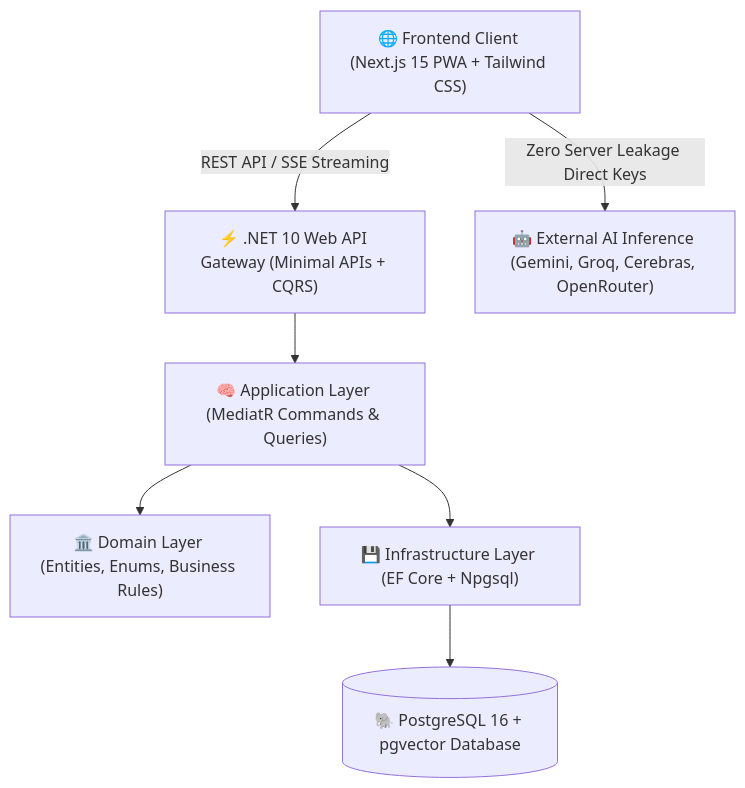
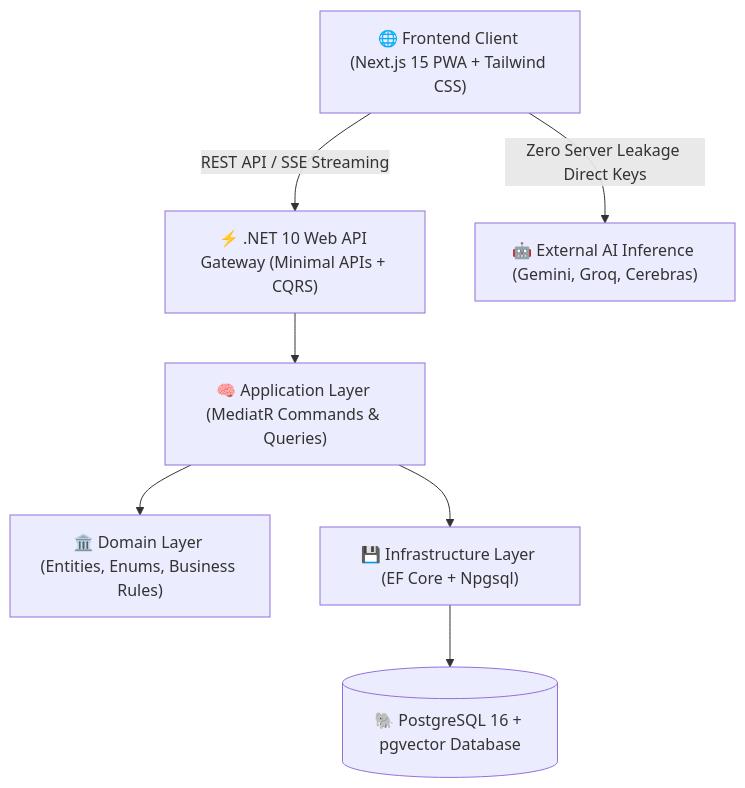
Before and after one commit to Dokhacgiakhoa/K4-3A-e403-Vinonymus: the diagram in docs/legacy/aiia-docs/ARCHITECTURAL-FOLDER-STRUCTURE.md, drawn with Mermaid. The commit also changed other lines of this file and 46 other files, not shown here.

````diff
--- a/docs/legacy/aiia-docs/ARCHITECTURAL-FOLDER-STRUCTURE.md
+++ b/docs/legacy/aiia-docs/ARCHITECTURAL-FOLDER-STRUCTURE.md
@@ -14,17 +14,17 @@
 ```mermaid
 graph TD
     Client["🌐 Frontend Client (Next.js 15 PWA + Tailwind CSS)"]
     ApiGateway["⚡ .NET 10 Web API Gateway (Minimal APIs + CQRS)"]
     AppLayer["🧠 Application Layer (MediatR Commands & Queries)"]
     DomainLayer["🏛️ Domain Layer (Entities, Enums, Business Rules)"]
     InfraLayer["💾 Infrastructure Layer (EF Core + Npgsql)"]
     PostgresDB[("🐘 PostgreSQL 16 + pgvector Database")]
-    AIServices["🤖 External AI Inference (Gemini, Groq, Cerebras, OpenRouter)"]
+    AIServices["🤖 External AI Inference (Gemini, Groq, Cerebras)"]
 
     Client -->|REST API / SSE Streaming| ApiGateway
     ApiGateway --> AppLayer
     AppLayer --> DomainLayer
     AppLayer --> InfraLayer
     InfraLayer --> PostgresDB
     Client -->|Zero Server Leakage Direct Keys| AIServices
 ```
````
